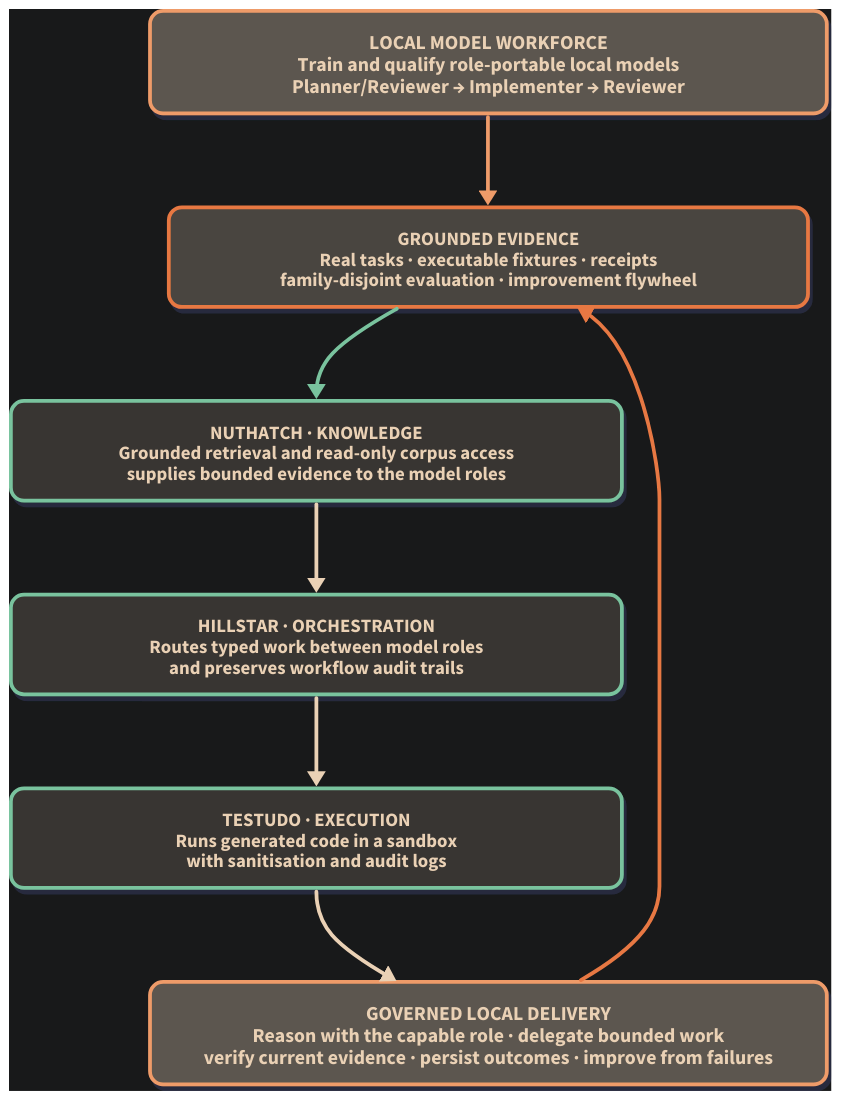
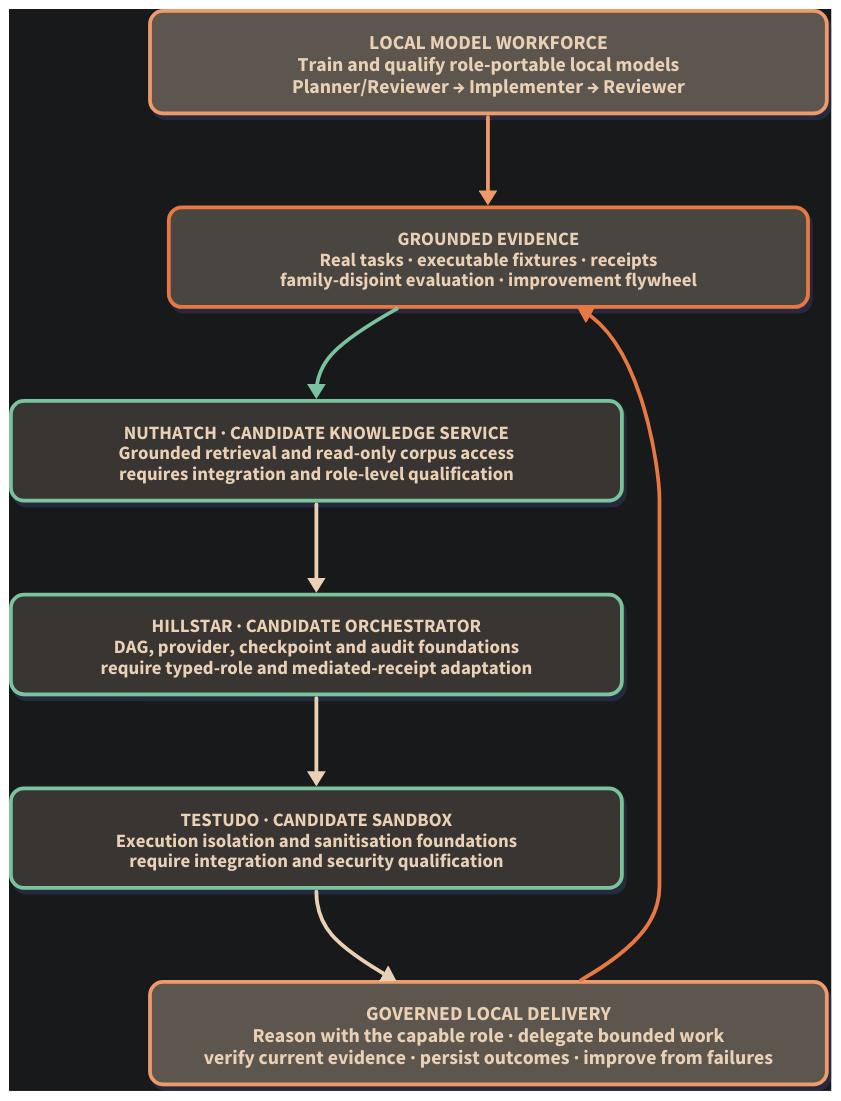
One commit to evoclock/evoclock changed the diagram in assets/local-model-workforce-overview.d2. Above: the diagram before and after it, drawn with D2. The commit also changed 3 other files, not shown here.

```diff
--- a/assets/local-model-workforce-overview.d2
+++ b/assets/local-model-workforce-overview.d2
@@ -1,25 +1,25 @@
 direction: down
 style.fill: "#18191a"
 
 classes: {
   focus: { style: { fill: "#5c564f"; stroke: "#ee9b69"; stroke-width: 4; border-radius: 14; font-color: "#ead1b5"; font-size: 21; bold: true; shadow: true } }
   system: { style: { fill: "#383431"; stroke: "#79c39e"; stroke-width: 4; border-radius: 14; font-color: "#ead1b5"; font-size: 20; bold: true; shadow: true } }
   control: { style: { fill: "#4a4540"; stroke: "#e77843"; stroke-width: 4; border-radius: 14; font-color: "#ead1b5"; font-size: 20; bold: true; shadow: true } }
 }
 
 workforce: "LOCAL MODEL WORKFORCE\nTrain and qualify role-portable local models\nPlanner/Reviewer → Implementer → Reviewer" { class: focus; width: 720 }
 
 evidence: "GROUNDED EVIDENCE\nReal tasks · executable fixtures · receipts\nfamily-disjoint evaluation · improvement flywheel" { class: control; width: 680 }
 
-nuthatch: "NUTHATCH · KNOWLEDGE\nGrounded retrieval and read-only corpus access\nsupplies bounded evidence to the model roles" { class: system; width: 650 }
-hillstar: "HILLSTAR · ORCHESTRATION\nRoutes typed work between model roles\nand preserves workflow audit trails" { class: system; width: 650 }
-testudo: "TESTUDO · EXECUTION\nRuns generated code in a sandbox\nwith sanitisation and audit logs" { class: system; width: 650 }
+nuthatch: "NUTHATCH · CANDIDATE KNOWLEDGE SERVICE\nGrounded retrieval and read-only corpus access\nrequires integration and role-level qualification" { class: system; width: 650 }
+hillstar: "HILLSTAR · CANDIDATE ORCHESTRATOR\nDAG, provider, checkpoint and audit foundations\nrequire typed-role and mediated-receipt adaptation" { class: system; width: 650 }
+testudo: "TESTUDO · CANDIDATE SANDBOX\nExecution isolation and sanitisation foundations\nrequire integration and security qualification" { class: system; width: 650 }
 
 outcome: "GOVERNED LOCAL DELIVERY\nReason with the capable role · delegate bounded work\nverify current evidence · persist outcomes · improve from failures" { class: focus; width: 720 }
 
 workforce -> evidence: { style.stroke: "#ee9b69"; style.stroke-width: 4 }
 evidence -> nuthatch: { style.stroke: "#79c39e"; style.stroke-width: 4 }
 nuthatch -> hillstar: { style.stroke: "#ead1b5"; style.stroke-width: 4 }
 hillstar -> testudo: { style.stroke: "#ead1b5"; style.stroke-width: 4 }
 testudo -> outcome: { style.stroke: "#ead1b5"; style.stroke-width: 4 }
 outcome -> evidence: { style.stroke: "#e77843"; style.stroke-width: 4 }
```
